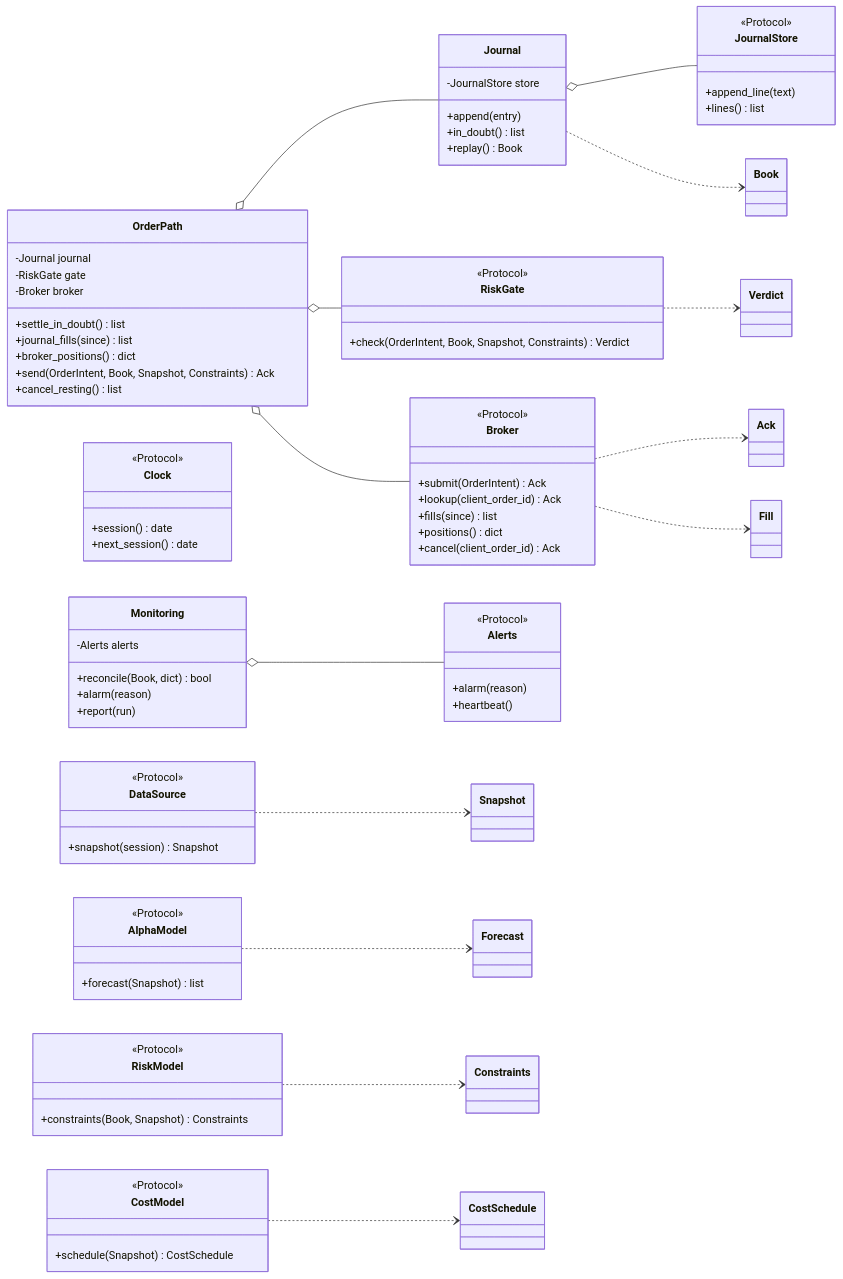
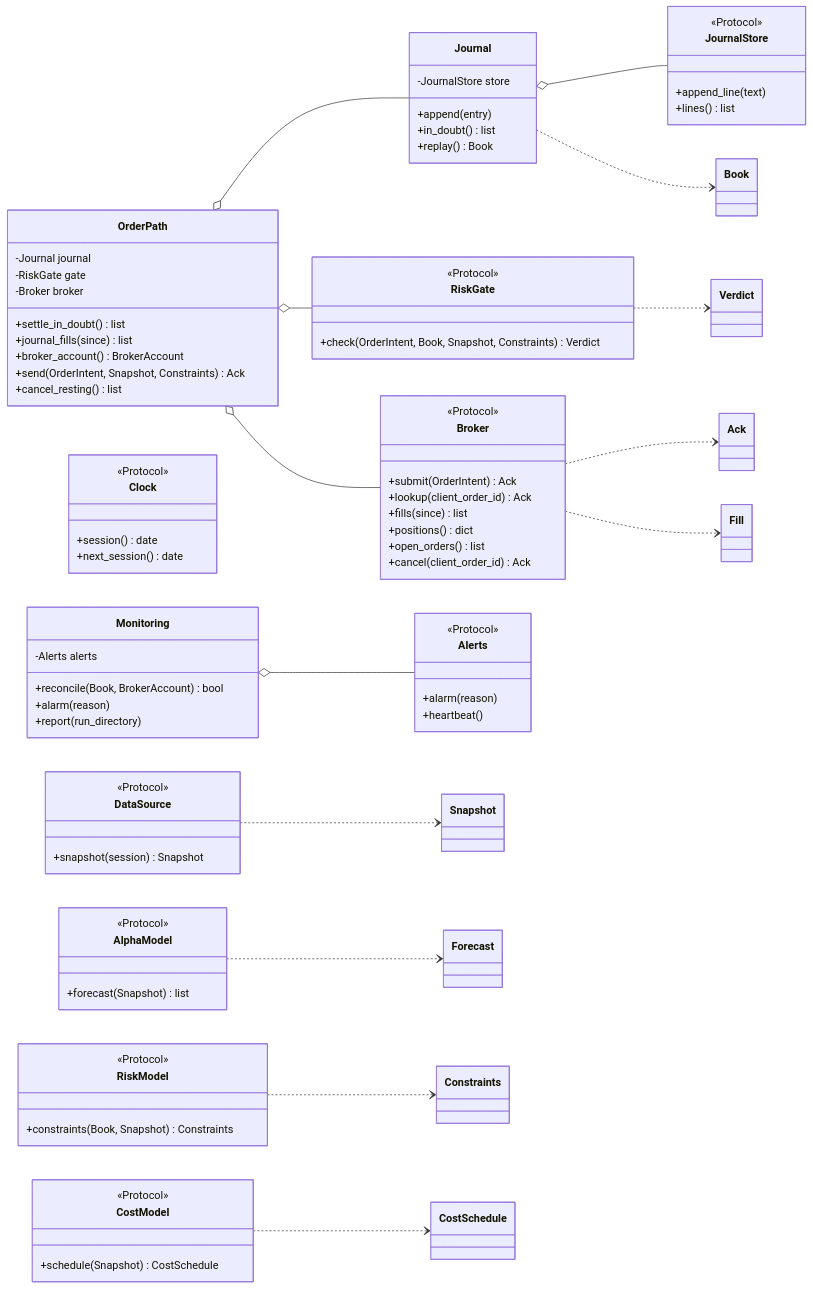
Before and after one commit to l3a0/ithildin-runtime: diagram 11 of 16 in docs/architecture.md, drawn with Mermaid. The commit also changed other lines of this file and 2 other files, not shown here.

First line of the commit message:
docs(architecture): fix what the review of the process revision found

```diff
--- a/docs/architecture.md
+++ b/docs/architecture.md
@@ -868,6 +964,7 @@
         +lookup(client_order_id) Ack
         +fills(since) list
         +positions() dict
+        +open_orders() list
         +cancel(client_order_id) Ack
     }
     class AlphaModel {
@@ -908,15 +1005,15 @@
         -Broker broker
         +settle_in_doubt() list
         +journal_fills(since) list
-        +broker_positions() dict
-        +send(OrderIntent, Book, Snapshot, Constraints) Ack
+        +broker_account() BrokerAccount
+        +send(OrderIntent, Snapshot, Constraints) Ack
         +cancel_resting() list
     }
     class Monitoring {
         -Alerts alerts
-        +reconcile(Book, dict) bool
+        +reconcile(Book, BrokerAccount) bool
         +alarm(reason)
-        +report(run)
+        +report(run_directory)
     }
 
     Journal o-- JournalStore
```
